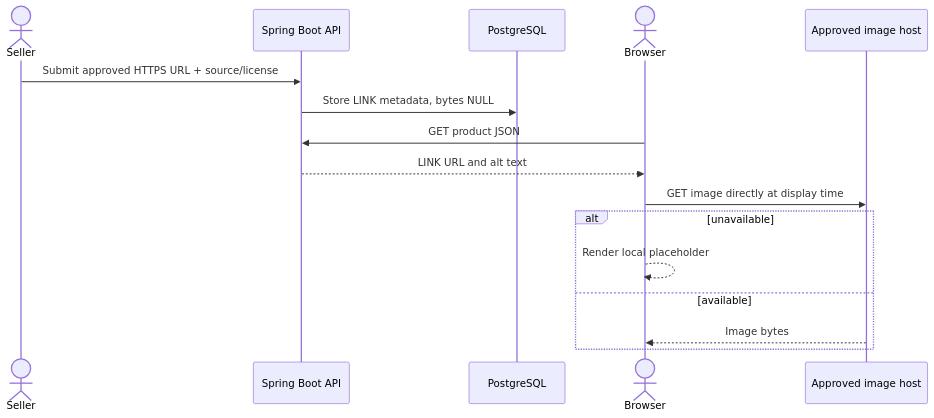
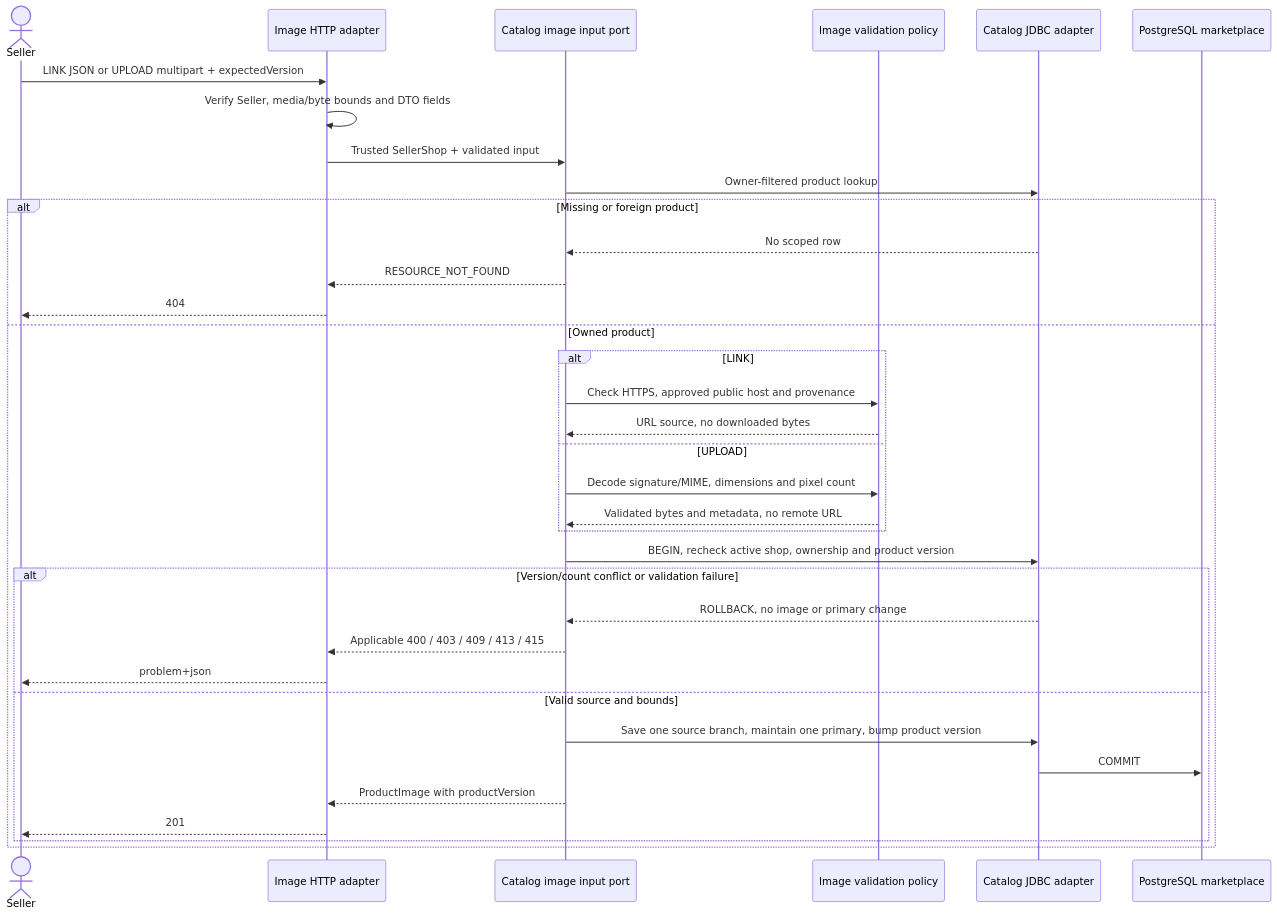
Before and after one commit to phuchoang-ecommerce-org/docs-minimal: the first of 2 diagrams in SolutionArchitecture/backend/sequences/product-images.md, drawn with Mermaid. The commit also changed other lines of this file and 47 other files, not shown here.

````diff
--- a/SolutionArchitecture/backend/sequences/product-images.md
+++ b/SolutionArchitecture/backend/sequences/product-images.md
@@ -5,18 +9,37 @@
 ```mermaid
 sequenceDiagram
   actor Seller
-  participant API as Spring Boot API
-  participant DB as PostgreSQL
-  actor Browser
-  participant Host as Approved image host
-  Seller->>API: Submit approved HTTPS URL + source/license
-  API->>DB: Store LINK metadata, bytes NULL
-  Browser->>API: GET product JSON
-  API-->>Browser: LINK URL and alt text
-  Browser->>Host: GET image directly at display time
-  alt unavailable
-    Browser-->>Browser: Render local placeholder
-  else available
-    Host-->>Browser: Image bytes
+  participant Web as Image HTTP adapter
+  participant Command as Catalog image input port
+  participant Policy as Image validation policy
+  participant Data as Catalog JDBC adapter
+  participant DB as PostgreSQL marketplace
+  Seller->>Web: LINK JSON or UPLOAD multipart + expectedVersion
+  Web->>Web: Verify Seller, media/byte bounds and DTO fields
+  Web->>Command: Trusted SellerShop + validated input
+  Command->>Data: Owner-filtered product lookup
+  alt Missing or foreign product
+    Data-->>Command: No scoped row
+    Command-->>Web: RESOURCE_NOT_FOUND
+    Web-->>Seller: 404
+  else Owned product
+    alt LINK
+      Command->>Policy: Check HTTPS, approved public host and provenance
+      Policy-->>Command: URL source, no downloaded bytes
+    else UPLOAD
+      Command->>Policy: Decode signature/MIME, dimensions and pixel count
+      Policy-->>Command: Validated bytes and metadata, no remote URL
+    end
+    Command->>Data: BEGIN, recheck active shop, ownership and product version
+    alt Version/count conflict or validation failure
+      Data-->>Command: ROLLBACK, no image or primary change
+      Command-->>Web: Applicable 400 / 403 / 409 / 413 / 415
+      Web-->>Seller: problem+json
+    else Valid source and bounds
+      Command->>Data: Save one source branch, maintain one primary, bump product version
+      Data->>DB: COMMIT
+      Command-->>Web: ProductImage with productVersion
+      Web-->>Seller: 201
+    end
   end
 ```
````
